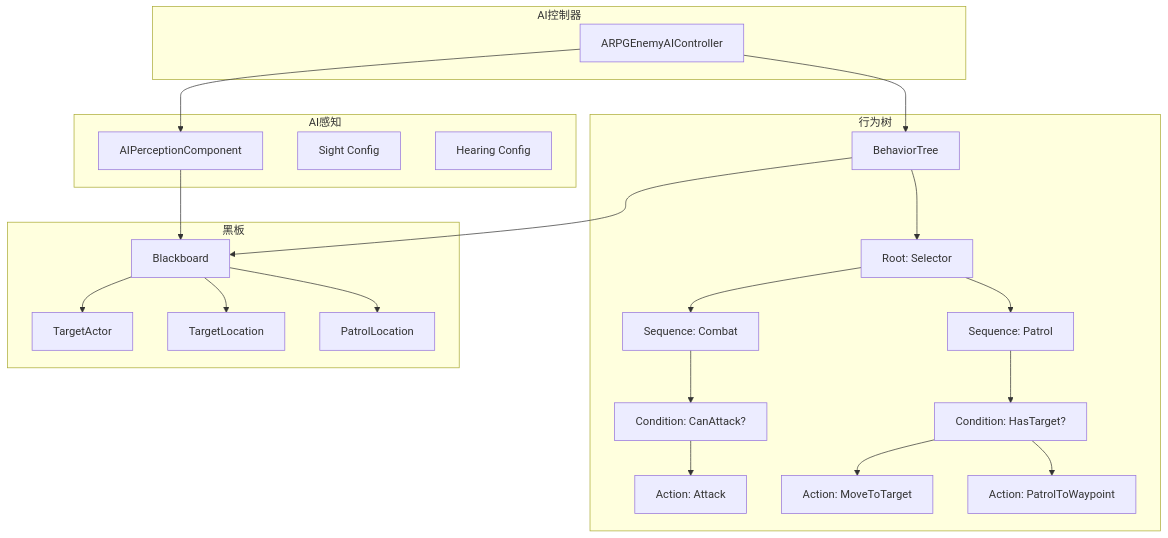
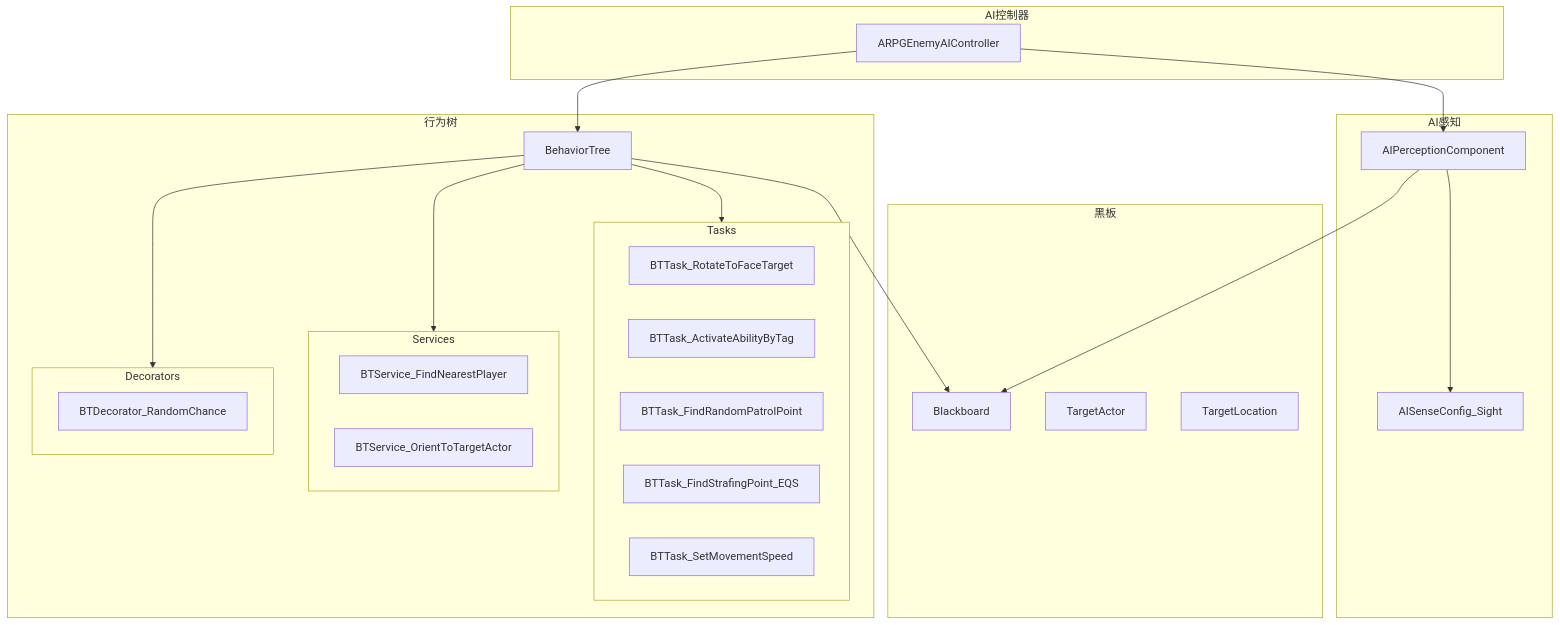
The eighth of 12 diagrams in Source/Docs/SummaryDesign.md (ARK31415/RPG), drawn with Mermaid before and after one commit. The commit also changed other lines of this file and 11 other files, not shown here.

````diff
--- a/Source/Docs/SummaryDesign.md
+++ b/Source/Docs/SummaryDesign.md
@@ -558,47 +471,44 @@
 ```mermaid
 graph TB
     subgraph AI控制器
         EAC[ARPGEnemyAIController]
     end
     
     subgraph 行为树
         BT[BehaviorTree]
-        Root[Root: Selector]
-        Seq1[Sequence: Combat]
-        Seq2[Sequence: Patrol]
-        Cond1[Condition: CanAttack?]
-        Cond2[Condition: HasTarget?]
-        Act1[Action: Attack]
-        Act2[Action: MoveToTarget]
-        Act3[Action: PatrolToWaypoint]
+        subgraph Tasks
+            T1[BTTask_RotateToFaceTarget]
+            T2[BTTask_ActivateAbilityByTag]
+            T3[BTTask_FindRandomPatrolPoint]
+            T4[BTTask_FindStrafingPoint_EQS]
+            T5[BTTask_SetMovementSpeed]
+        end
+        subgraph Services
+            S1[BTService_FindNearestPlayer]
+            S2[BTService_OrientToTargetActor]
+        end
+        subgraph Decorators
+            D1[BTDecorator_RandomChance]
+        end
     end
     
     subgraph 黑板
         BB[Blackboard]
         Target[TargetActor]
         TargetLoc[TargetLocation]
-        PatrolLoc[PatrolLocation]
     end
     
     subgraph AI感知
         AP[AIPerceptionComponent]
-        Sight[Sight Config]
-        Hearing[Hearing Config]
+        Sight[AISenseConfig_Sight]
     end
     
     EAC --> BT
     EAC --> AP
-    BT --> Root
-    Root --> Seq1
-    Root --> Seq2
-    Seq1 --> Cond1
-    Cond1 --> Act1
-    Seq2 --> Cond2
-    Cond2 --> Act2
-    Cond2 --> Act3
+    BT --> Tasks
+    BT --> Services
+    BT --> Decorators
+    AP --> Sight
     AP --> BB
-    BB --> Target
-    BB --> TargetLoc
-    BB --> PatrolLoc
     BT --> BB
 ```
````
